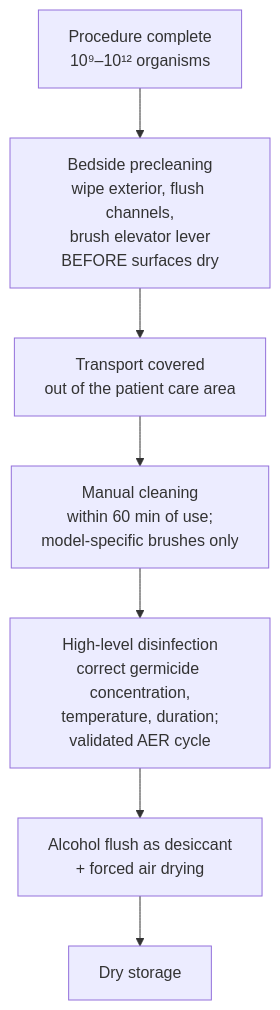
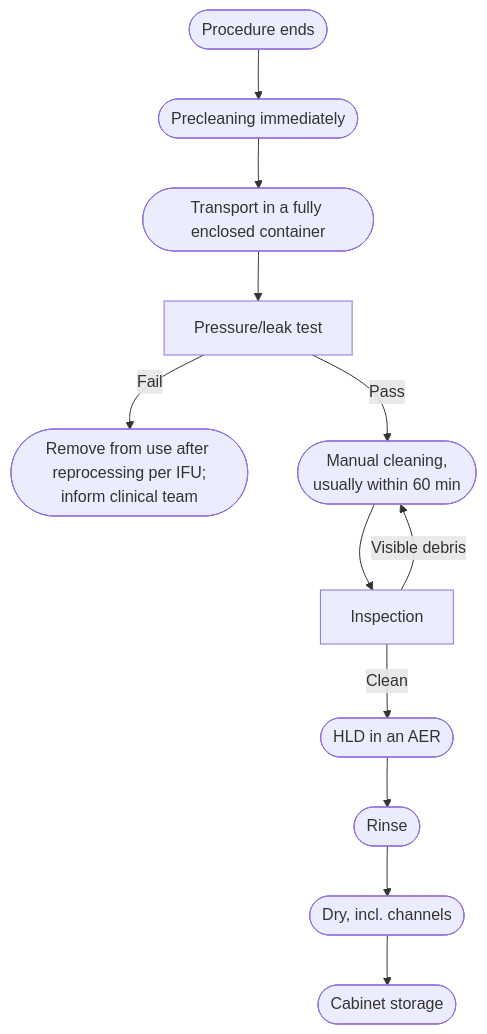
The diagram in KHNL-GI-Wiki/wiki/7-concepts/endoscope-reprocessing.md (KHNickLeMD/KHNL-GI-Wiki), drawn with Mermaid before and after one commit. The commit also changed other lines of this file and 3 other files, not shown here.

````diff
--- a/KHNL-GI-Wiki/wiki/7-concepts/endoscope-reprocessing.md
+++ b/KHNL-GI-Wiki/wiki/7-concepts/endoscope-reprocessing.md
@@ -68,9 +68,18 @@
 ```mermaid
 flowchart TD
-    A["Procedure complete<br/>10⁹–10¹² organisms"] --> B["Bedside precleaning<br/>wipe exterior, flush channels,<br/>brush elevator lever<br/>BEFORE surfaces dry"]
-    B --> C["Transport covered<br/>out of the patient care area"]
-    C --> D["Manual cleaning<br/>within 60 min of use;<br/>model-specific brushes only"]
-    D --> E["High-level disinfection<br/>correct germicide concentration,<br/>temperature, duration;<br/>validated AER cycle"]
-    E --> F["Alcohol flush as desiccant<br/>+ forced air drying"]
-    F --> G["Dry storage"]
+    A(["Procedure ends"]) --> B(["Precleaning immediately"])
+    B --> C(["Transport in a fully enclosed container"])
+    C --> D["Pressure/leak test"]
+    D -- "Fail" --> X(["Remove from use after reprocessing per IFU;<br/>inform clinical team"])
+    D -- "Pass" --> E(["Manual cleaning,<br/>usually within 60 min"])
+    E --> F["Inspection"]
+    F -- "Visible debris" --> E
+    F -- "Clean" --> G(["HLD in an AER"])
+    G --> H(["Rinse"])
+    H --> I(["Dry, incl. channels"])
+    I --> J(["Cabinet storage"])
+    class A start
+    class D,F test
+    class B,C,E,G,H,I act
+    class X,J stop
 ```
````
